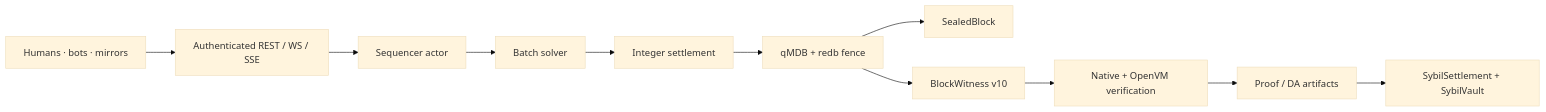
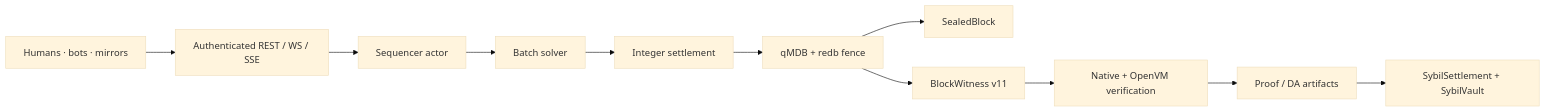
Before and after one commit to MetaB0y/sybil: the first of 2 diagrams in docs/SPEC.md, drawn with Mermaid (base theme). The commit also changed other lines of this file and 289 other files, not shown here.

````diff
--- a/docs/SPEC.md
+++ b/docs/SPEC.md
@@ -21,13 +21,13 @@
 ```mermaid
 flowchart LR
     CLIENT["Humans · bots · mirrors"] --> API["Authenticated REST / WS / SSE"]
     API --> SEQ["Sequencer actor"]
     SEQ --> SOLVE["Batch solver"]
     SOLVE --> SETTLE["Integer settlement"]
     SETTLE --> STORE["qMDB + redb fence"]
     STORE --> BLOCK["SealedBlock"]
-    STORE --> WIT["BlockWitness v10"]
+    STORE --> WIT["BlockWitness v11"]
     WIT --> VERIFY["Native + OpenVM verification"]
     VERIFY --> PROVER["Proof / DA artifacts"]
     PROVER --> L1["SybilSettlement + SybilVault"]
 ```
````
